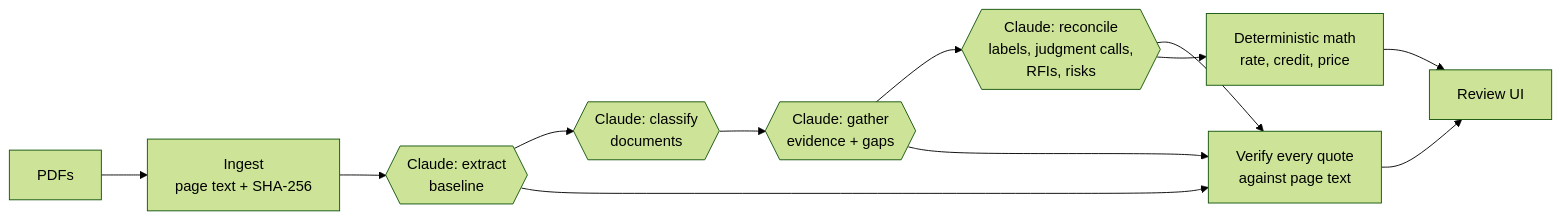
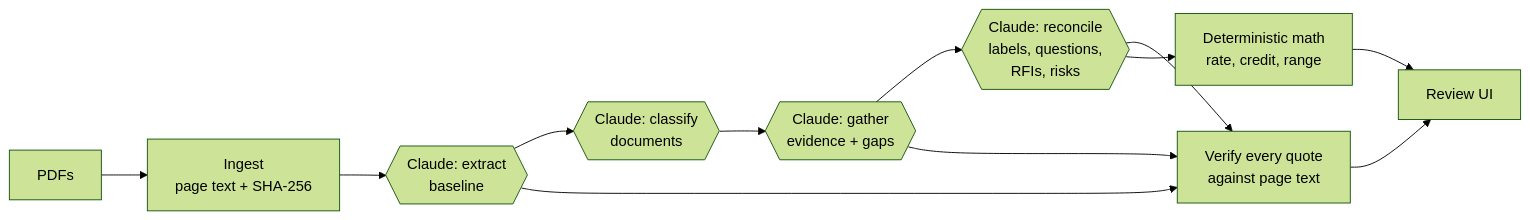
One commit to ferrerap/crosscheck changed the diagram in README.md. Above: the diagram before and after it, drawn with Mermaid (forest theme). The commit also changed other lines of this file and 1 other file, not shown here.

````diff
--- a/README.md
+++ b/README.md
@@ -39,12 +13,12 @@
 ```mermaid
 flowchart LR
   A[PDFs] --> B[Ingest<br/>page text + SHA-256]
   B --> C{{Claude: extract<br/>baseline}}
   C --> D{{Claude: classify<br/>documents}}
   D --> E{{Claude: gather<br/>evidence + gaps}}
-  E --> F{{Claude: reconcile<br/>labels, judgment calls,<br/>RFIs, risks}}
+  E --> F{{Claude: reconcile<br/>labels, questions,<br/>RFIs, risks}}
   C & E & F --> V[Verify every quote<br/>against page text]
-  F --> M[Deterministic math<br/>rate, credit, price]
+  F --> M[Deterministic math<br/>rate, credit, range]
   M --> UI[Review UI]
   V --> UI
 ```
````
